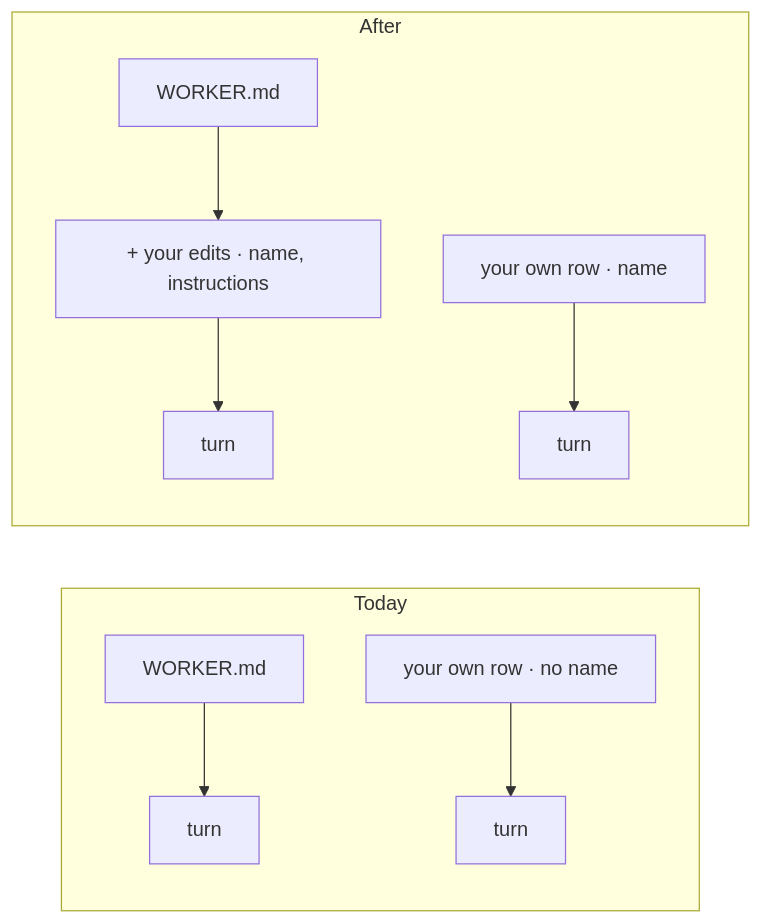
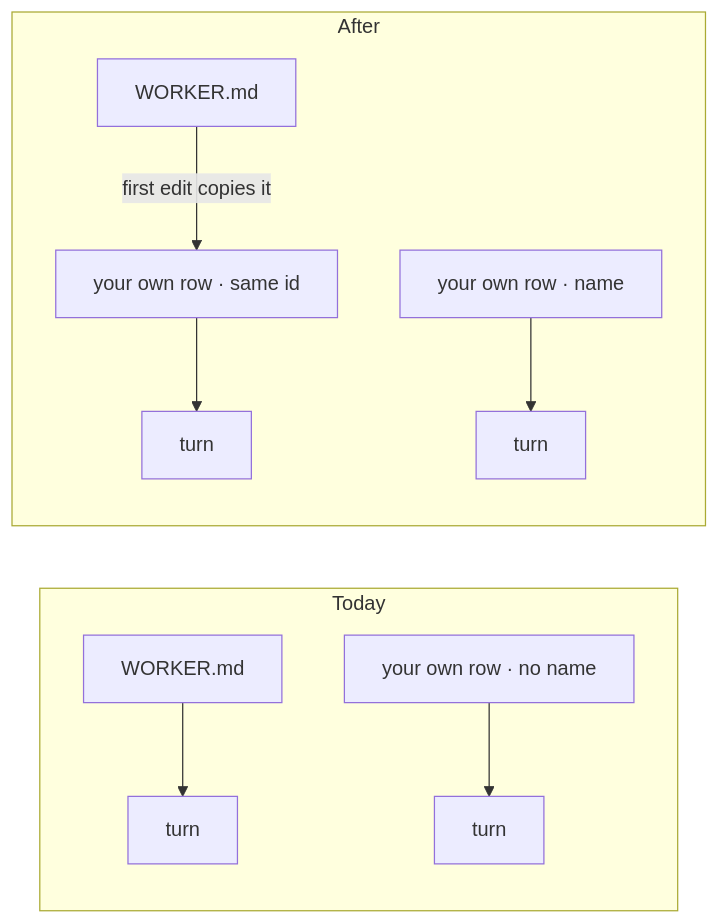
Before and after one commit to fixpoint-labs/flow-state-dev: the second of 2 diagrams in specs/issues/FIX-2526/SPEC.md, drawn with Mermaid. The commit also changed other lines of this file and 1 other file, not shown here.

First line of the commit message:
spec(FIX-2526): D1 redrafted: the first edit copies the standard worker into the user's roster under its id

````diff
--- a/specs/issues/FIX-2526/SPEC.md
+++ b/specs/issues/FIX-2526/SPEC.md
@@ -66,11 +65,11 @@
 ```mermaid
 flowchart LR
   subgraph before["Today"]
     F1["WORKER.md"] --> T1["turn"]
     O1["your own row · no name"] --> T2["turn"]
   end
   subgraph after["After"]
-    F2["WORKER.md"] --> L2["+ your edits · name, instructions"] --> T3["turn"]
+    F2["WORKER.md"] -->|"first edit copies it"| L2["your own row · same id"] --> T3["turn"]
     O2["your own row · name"] --> T4["turn"]
   end
 ```
````
